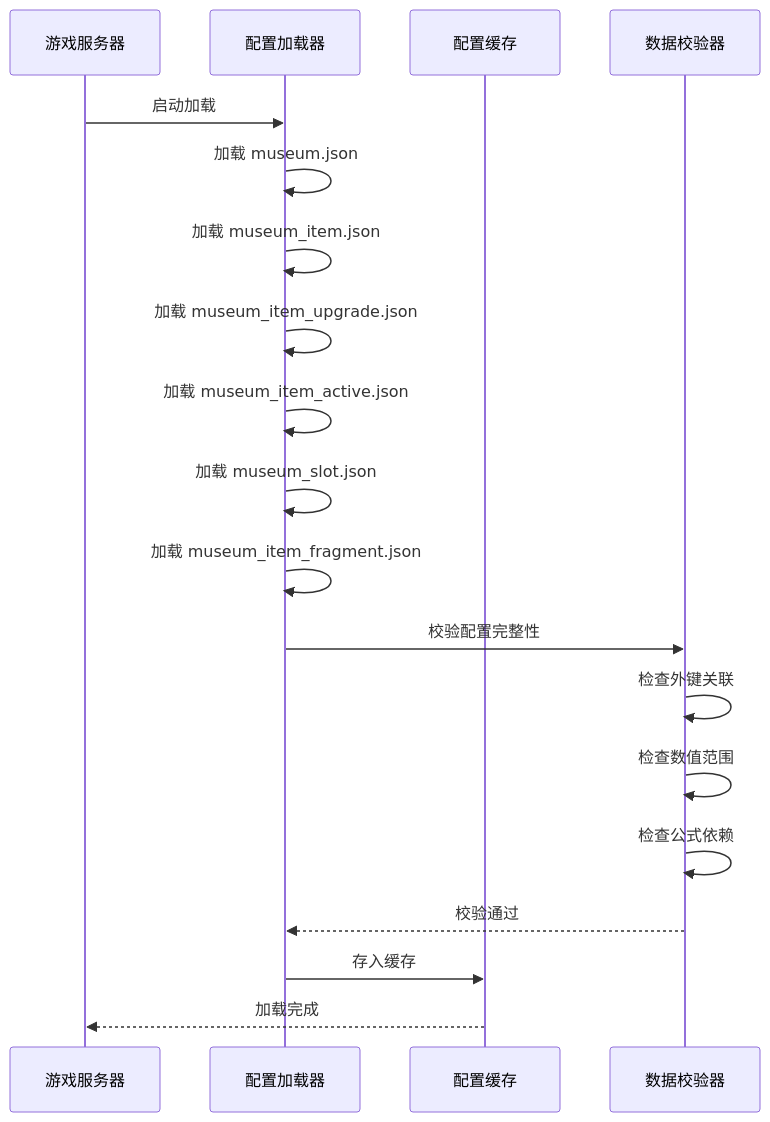
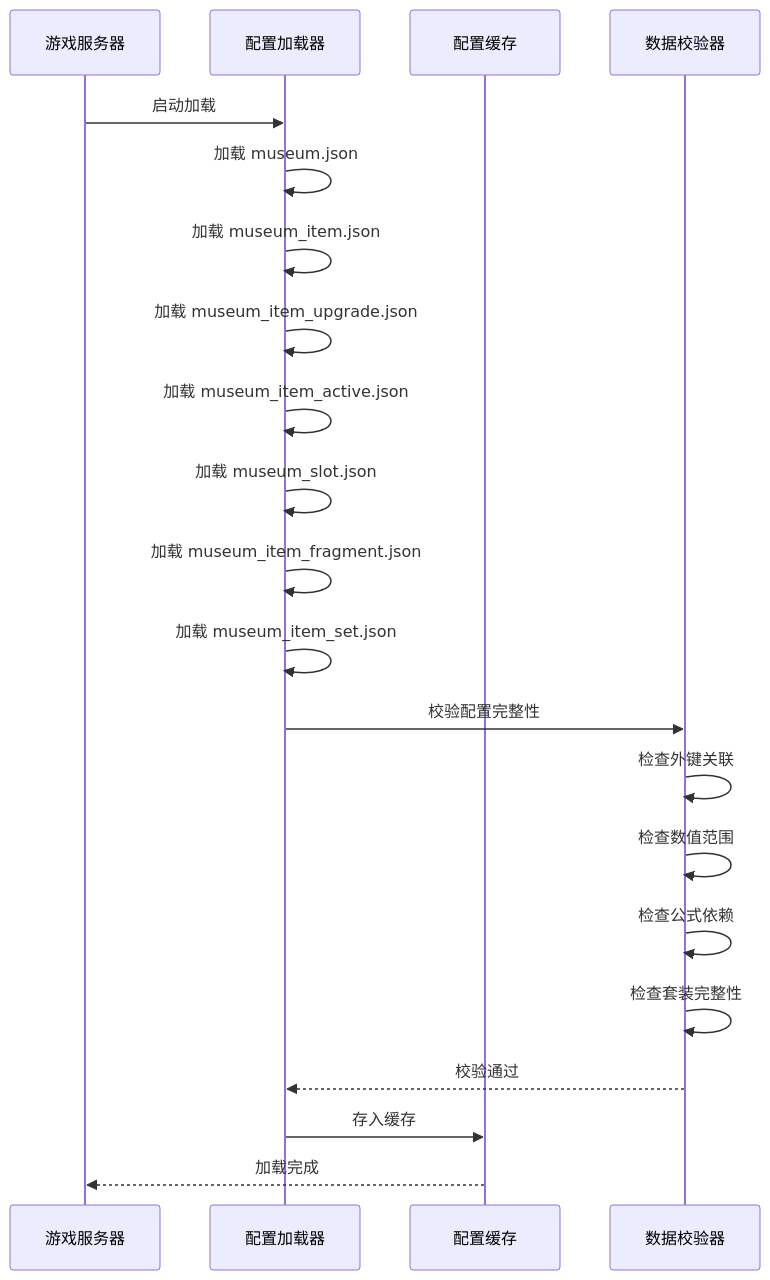
Before and after one commit to Alan-Ben/k2c_game_framework: the third of 7 diagrams in docs/Module_Museum/01_数据配表.md, drawn with Mermaid. The commit also changed other lines of this file and 5 other files, not shown here.

````diff
--- a/docs/Module_Museum/01_数据配表.md
+++ b/docs/Module_Museum/01_数据配表.md
@@ -373,24 +654,26 @@
 ```mermaid
 sequenceDiagram
     participant Server as 游戏服务器
     participant Loader as 配置加载器
     participant Cache as 配置缓存
     participant Validator as 数据校验器
-    
+
     Server->>Loader: 启动加载
     Loader->>Loader: 加载 museum.json
     Loader->>Loader: 加载 museum_item.json
     Loader->>Loader: 加载 museum_item_upgrade.json
     Loader->>Loader: 加载 museum_item_active.json
     Loader->>Loader: 加载 museum_slot.json
     Loader->>Loader: 加载 museum_item_fragment.json
-    
+    Loader->>Loader: 加载 museum_item_set.json
+
     Loader->>Validator: 校验配置完整性
     Validator->>Validator: 检查外键关联
     Validator->>Validator: 检查数值范围
     Validator->>Validator: 检查公式依赖
-    
+    Validator->>Validator: 检查套装完整性
+
     Validator-->>Loader: 校验通过
     Loader->>Cache: 存入缓存
     Cache-->>Server: 加载完成
 ```
````
